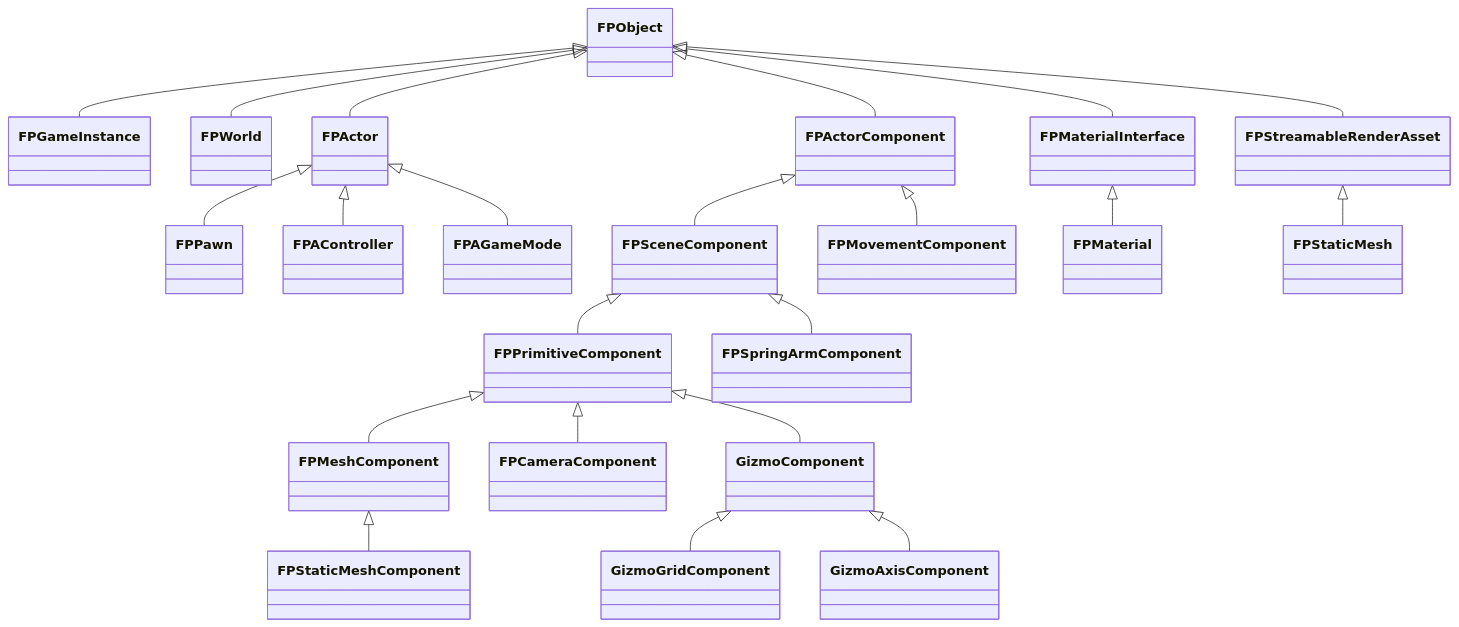
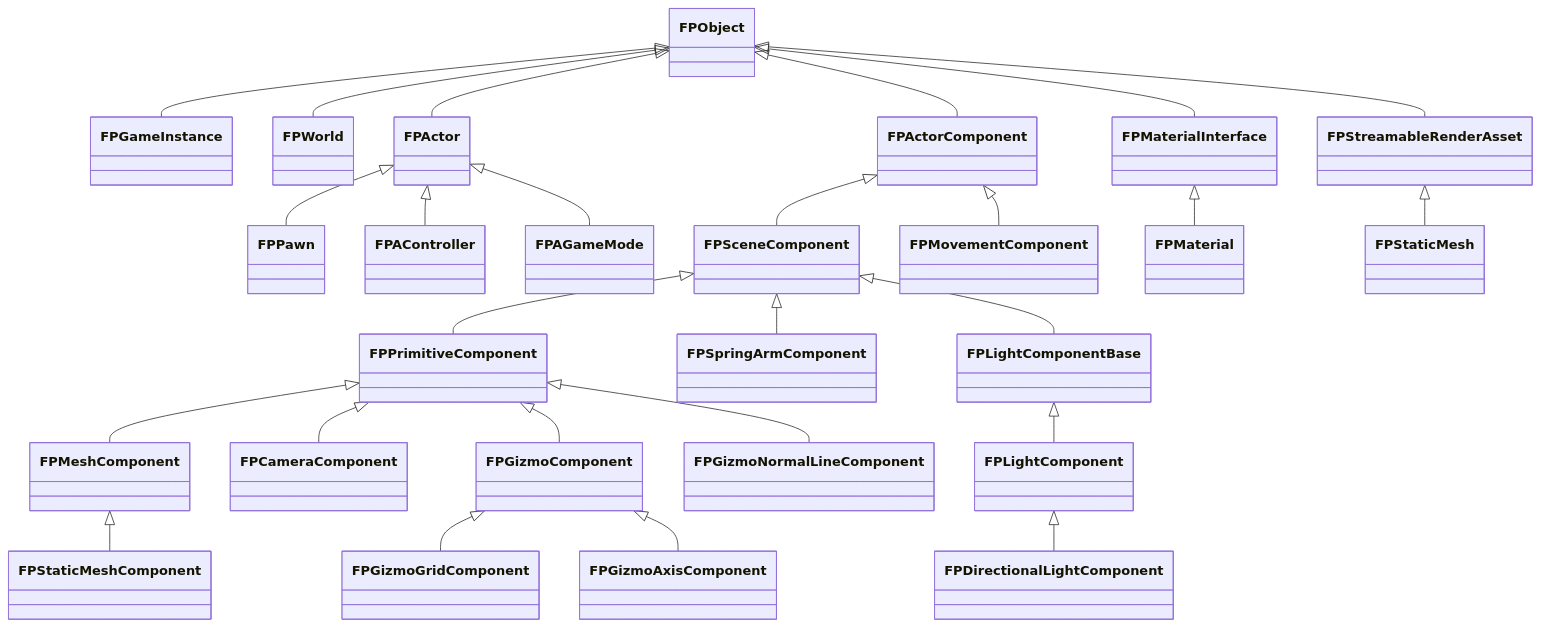
The second of 12 diagrams in README.md (Gat-Young/ForestPearlEngine), drawn with Mermaid before and after one commit. The commit also changed other lines of this file, not shown here.

````diff
--- a/README.md
+++ b/README.md
@@ -244,24 +250,28 @@
 ```mermaid
 classDiagram
     FPObject <|-- FPGameInstance
     FPObject <|-- FPWorld
     FPObject <|-- FPActor
     FPObject <|-- FPActorComponent
     FPObject <|-- FPMaterialInterface
     FPObject <|-- FPStreamableRenderAsset
     FPActor <|-- FPPawn
     FPActor <|-- FPAController
     FPActor <|-- FPAGameMode
     FPActorComponent <|-- FPSceneComponent
     FPActorComponent <|-- FPMovementComponent
     FPSceneComponent <|-- FPPrimitiveComponent
     FPSceneComponent <|-- FPSpringArmComponent
     FPPrimitiveComponent <|-- FPMeshComponent
     FPPrimitiveComponent <|-- FPCameraComponent
-    FPPrimitiveComponent <|-- GizmoComponent
+    FPPrimitiveComponent <|-- FPGizmoComponent
+    FPPrimitiveComponent <|-- FPGizmoNormalLineComponent
+    FPSceneComponent <|-- FPLightComponentBase
+    FPLightComponentBase <|-- FPLightComponent
+    FPLightComponent <|-- FPDirectionalLightComponent
     FPMeshComponent <|-- FPStaticMeshComponent
-    GizmoComponent <|-- GizmoGridComponent
-    GizmoComponent <|-- GizmoAxisComponent
+    FPGizmoComponent <|-- FPGizmoGridComponent
+    FPGizmoComponent <|-- FPGizmoAxisComponent
     FPMaterialInterface <|-- FPMaterial
     FPStreamableRenderAsset <|-- FPStaticMesh
 ```
````
